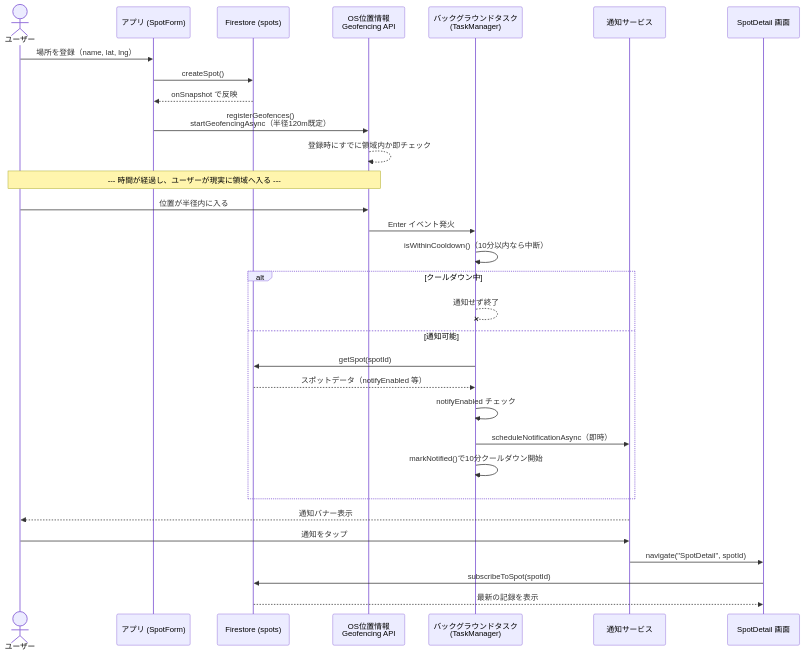
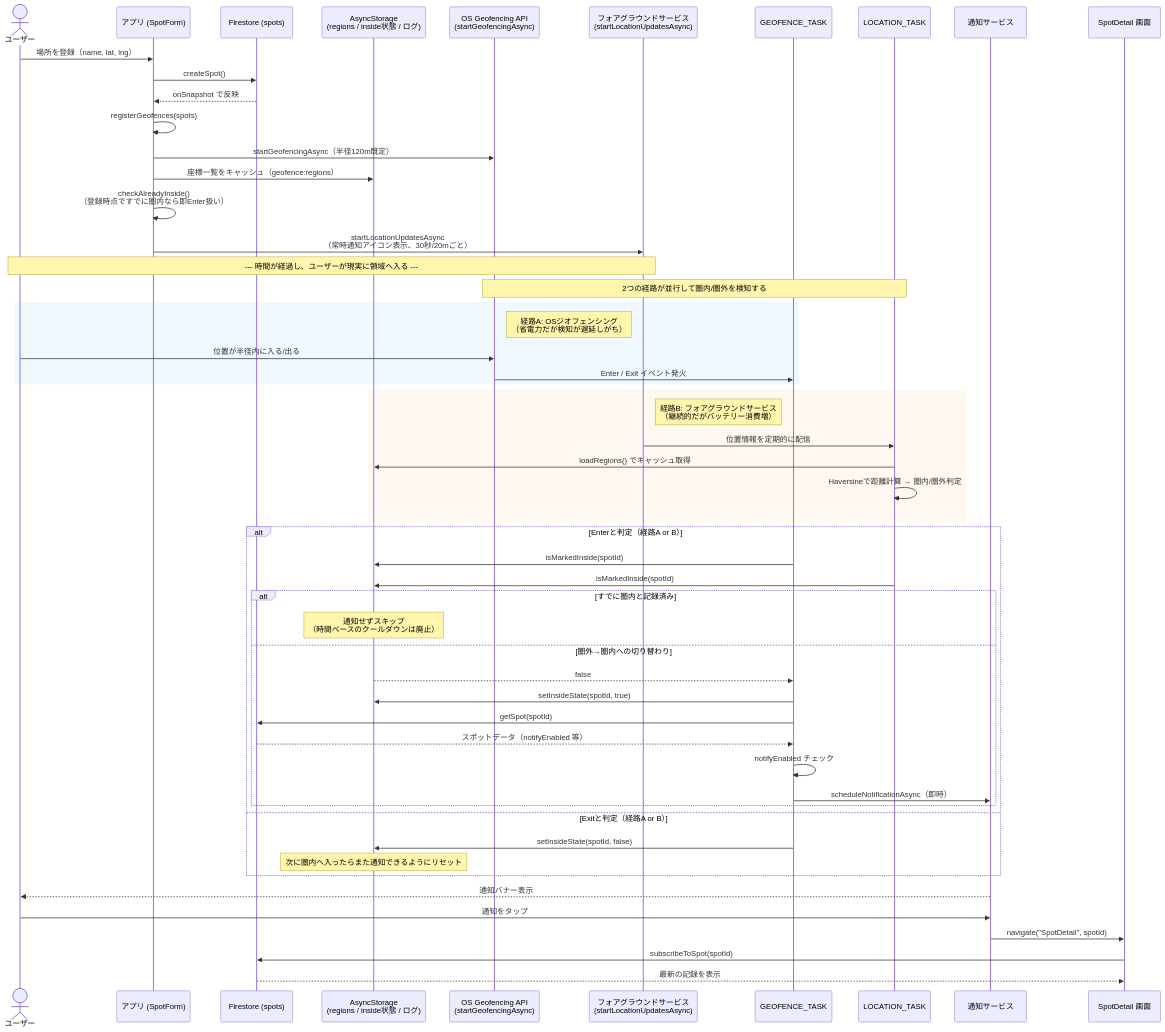
One commit to hagikanta7-art/re-place changed the diagram in docs/diagrams/sequence.mmd. Above: the diagram before and after it, drawn with Mermaid. The commit also changed 1 other file, not shown here.

Commit message:
Update architecture/sequence diagrams to reflect the dual detection paths
sequence.mmd still described the old 10-minute cooldown design; rewrite
it to show the current inside/outside state tracking and the two
parallel detection paths (OS geofencing + foreground-service location
tracking). Add a new component-level architecture.mmd covering the
whole app (UI, core/geofence.js, native OS services, Firebase, and the
external map/geocoding services) since nothing like it existed yet.

PNG exports still need to be regenerated from these .mmd sources
(no mermaid renderer available in this environment).

```diff
--- a/docs/diagrams/sequence.mmd
+++ b/docs/diagrams/sequence.mmd
@@ -1,35 +1,60 @@
 sequenceDiagram
   actor U as ユーザー
   participant UI as アプリ (SpotForm)
   participant FS as Firestore (spots)
-  participant OS as OS位置情報<br/>Geofencing API
-  participant TASK as バックグラウンドタスク<br/>(TaskManager)
+  participant AS as AsyncStorage<br/>(regions / inside状態 / ログ)
+  participant OS as OS Geofencing API<br/>(startGeofencingAsync)
+  participant FGS as フォアグラウンドサービス<br/>(startLocationUpdatesAsync)
+  participant GTASK as GEOFENCE_TASK
+  participant LTASK as LOCATION_TASK
   participant NOTI as 通知サービス
   participant DET as SpotDetail 画面
 
   U->>UI: 場所を登録（name, lat, lng）
   UI->>FS: createSpot()
   FS-->>UI: onSnapshot で反映
-  UI->>OS: registerGeofences()<br/>startGeofencingAsync（半径120m既定）
-  OS-->>OS: 登録時にすでに領域内か即チェック
+  UI->>UI: registerGeofences(spots)
+  UI->>OS: startGeofencingAsync（半径120m既定）
+  UI->>AS: 座標一覧をキャッシュ（geofence:regions）
+  UI->>UI: checkAlreadyInside()<br/>（登録時点ですでに圏内なら即Enter扱い）
+  UI->>FGS: startLocationUpdatesAsync<br/>（常時通知アイコン表示、30秒/20mごと）
 
-  Note over U,OS: --- 時間が経過し、ユーザーが現実に領域へ入る ---
+  Note over U,FGS: --- 時間が経過し、ユーザーが現実に領域へ入る ---
+  Note over OS,LTASK: 2つの経路が並行して圏内/圏外を検知する
 
-  U->>OS: 位置が半径内に入る
-  OS->>TASK: Enter イベント発火
-  TASK->>TASK: isWithinCooldown()（10分以内なら中断）
-  alt クールダウン中
-    TASK--xTASK: 通知せず終了
-  else 通知可能
-    TASK->>FS: getSpot(spotId)
-    FS-->>TASK: スポットデータ（notifyEnabled 等）
-    TASK->>TASK: notifyEnabled チェック
-    TASK->>NOTI: scheduleNotificationAsync（即時）
-    TASK->>TASK: markNotified()で10分クールダウン開始
+  rect rgb(240, 248, 255)
+    Note right of OS: 経路A: OSジオフェンシング<br/>（省電力だが検知が遅延しがち）
+    U->>OS: 位置が半径内に入る/出る
+    OS->>GTASK: Enter / Exit イベント発火
+  end
+
+  rect rgb(255, 248, 240)
+    Note right of FGS: 経路B: フォアグラウンドサービス<br/>（継続的だがバッテリー消費増）
+    FGS->>LTASK: 位置情報を定期的に配信
+    LTASK->>AS: loadRegions() でキャッシュ取得
+    LTASK->>LTASK: Haversineで距離計算 → 圏内/圏外判定
+  end
+
+  alt Enterと判定（経路A or B）
+    GTASK->>AS: isMarkedInside(spotId)
+    LTASK->>AS: isMarkedInside(spotId)
+    alt すでに圏内と記録済み
+      Note over AS: 通知せずスキップ<br/>（時間ベースのクールダウンは廃止）
+    else 圏外→圏内への切り替わり
+      AS-->>GTASK: false
+      GTASK->>AS: setInsideState(spotId, true)
+      GTASK->>FS: getSpot(spotId)
+      FS-->>GTASK: スポットデータ（notifyEnabled 等）
+      GTASK->>GTASK: notifyEnabled チェック
+      GTASK->>NOTI: scheduleNotificationAsync（即時）
+    end
+  else Exitと判定（経路A or B）
+    GTASK->>AS: setInsideState(spotId, false)
+    Note over AS: 次に圏内へ入ったらまた通知できるようにリセット
   end
 
   NOTI-->>U: 通知バナー表示
   U->>NOTI: 通知をタップ
   NOTI->>DET: navigate("SpotDetail", spotId)
   DET->>FS: subscribeToSpot(spotId)
   FS-->>DET: 最新の記録を表示
```
